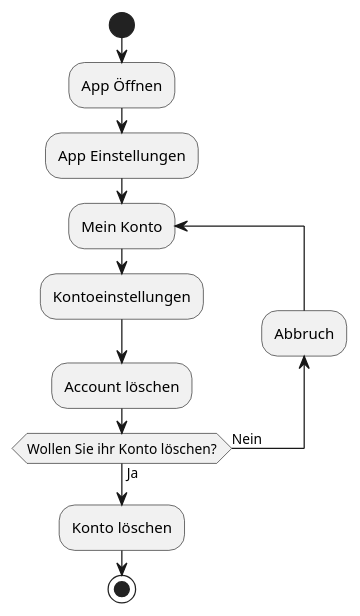
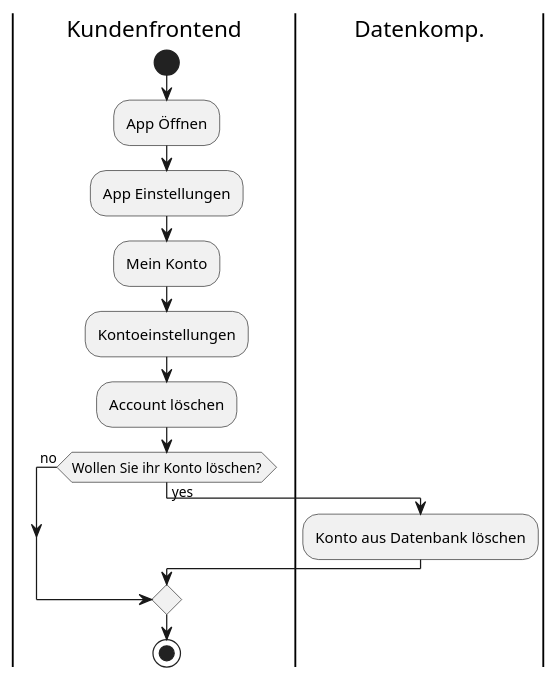
One commit to KevGOtt/Objektorientierte-Softwaretechnik changed the diagram in src/main/java/EasyRide/Woche3/01 1 Aktivitätsdiagramm.puml. Above: the diagram before and after it, drawn with PlantUML. The commit also changed other lines of this file and 2 other files, not shown here.

```diff
--- a/src/main/java/EasyRide/Woche3/01 1 Aktivitätsdiagramm.puml
+++ b/src/main/java/EasyRide/Woche3/01 1 Aktivitätsdiagramm.puml
@@ -1,16 +1,20 @@
 @startuml
-
+|Kundenfrontend|
 start
-
 :App Öffnen;
 
 :App Einstellungen;
-repeat :Mein Konto;
+:Mein Konto;
 :Kontoeinstellungen;
 :Account löschen;
-backward:Abbruch;
-repeat while (Wollen Sie ihr Konto löschen?) is (Nein) not (Ja)
-    :Konto löschen;
+|Kundenfrontend|
+
+if (Wollen Sie ihr Konto löschen?) is (yes) then
+|Datenkomp.|
+  :Konto aus Datenbank löschen;
+else (no)
+endif
+|Kundenfrontend|
 stop
 
 @enduml
```
